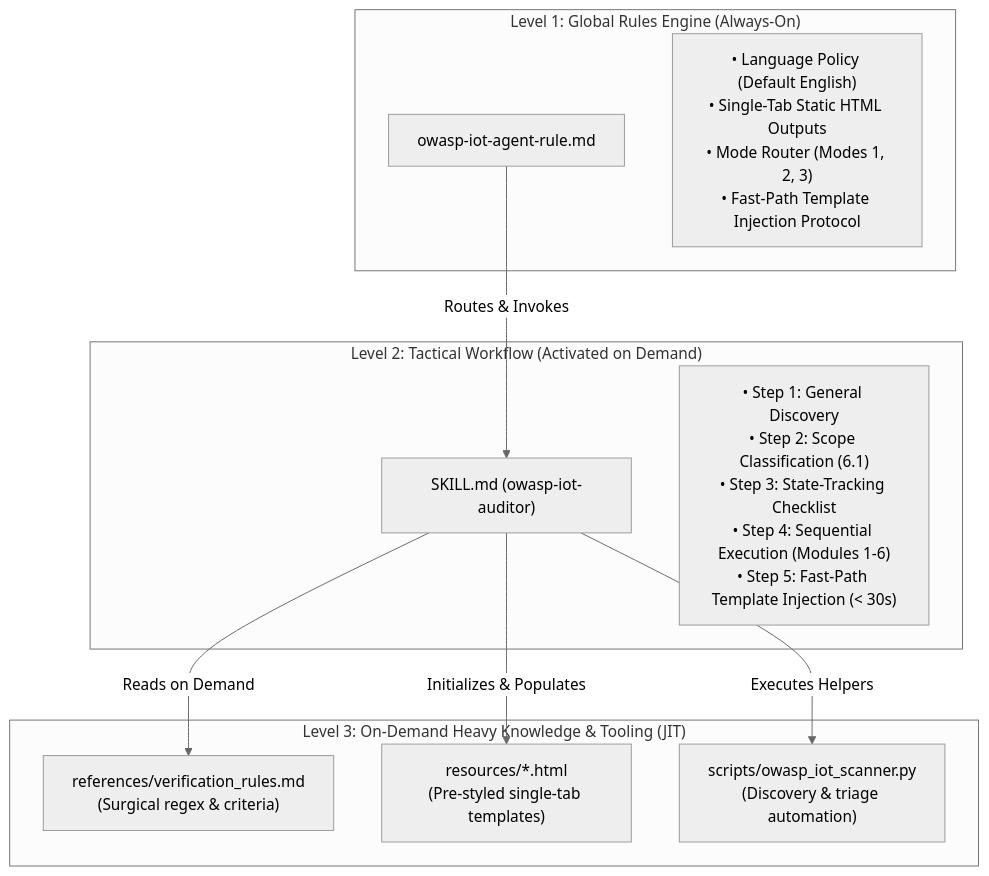
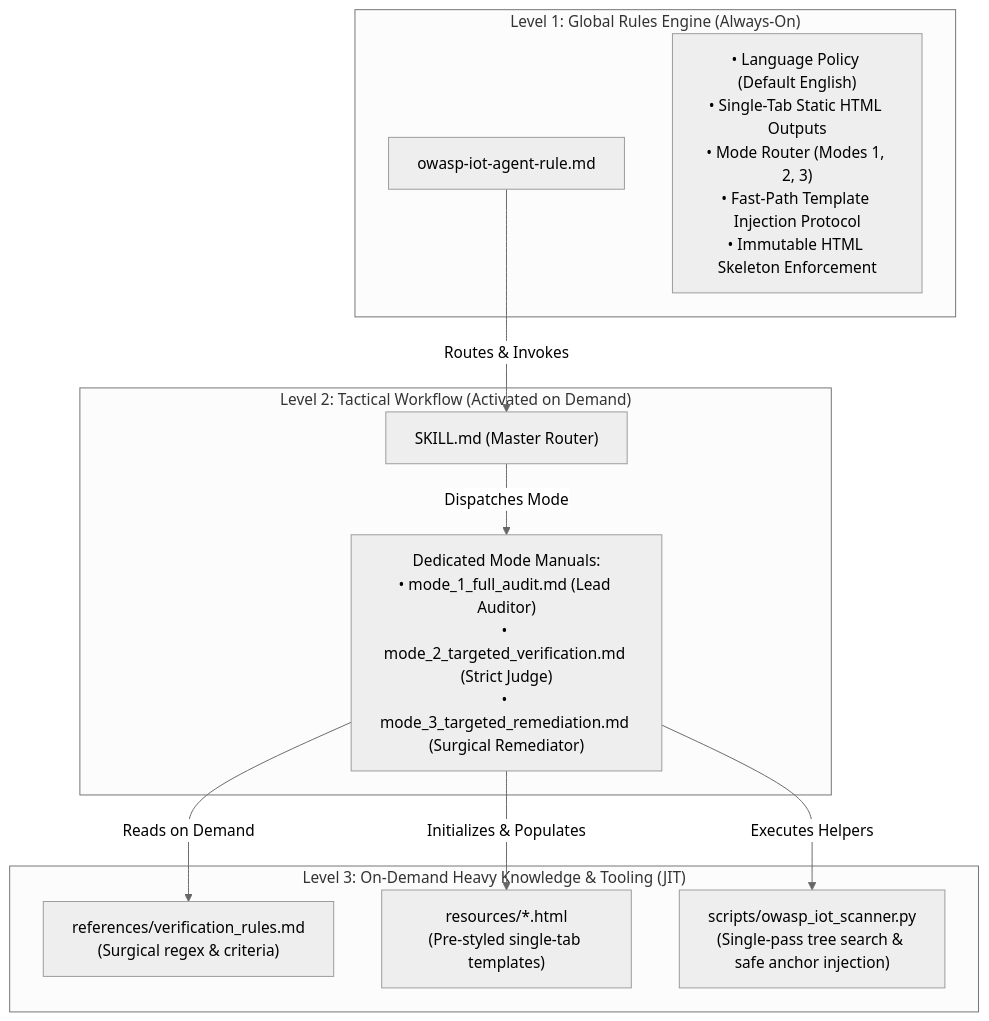
One commit to BrunoReiff/embed-sec-auditor changed the diagram in WORK_PLAN.md. Above: the diagram before and after it, drawn with Mermaid (neutral theme). The commit also changed other lines of this file, not shown here.

````diff
--- a/WORK_PLAN.md
+++ b/WORK_PLAN.md
@@ -12,23 +12,24 @@
 ```mermaid
 flowchart TD
     subgraph Level_1["Level 1: Global Rules Engine (Always-On)"]
         L1_Rule["owasp-iot-agent-rule.md"]
-        L1_Core["• Language Policy (Default English)<br>• Single-Tab Static HTML Outputs<br>• Mode Router (Modes 1, 2, 3)<br>• Fast-Path Template Injection Protocol"]
+        L1_Core["• Language Policy (Default English)<br>• Single-Tab Static HTML Outputs<br>• Mode Router (Modes 1, 2, 3)<br>• Fast-Path Template Injection Protocol<br>• Immutable HTML Skeleton Enforcement"]
     end
 
     subgraph Level_2["Level 2: Tactical Workflow (Activated on Demand)"]
-        L2_Skill["SKILL.md (owasp-iot-auditor)"]
-        L2_Core["• Step 1: General Discovery<br>• Step 2: Scope Classification (6.1)<br>• Step 3: State-Tracking Checklist<br>• Step 4: Sequential Execution (Modules 1-6)<br>• Step 5: Fast-Path Template Injection (< 30s)"]
+        L2_Skill["SKILL.md (Master Router)"]
+        L2_Modes["Dedicated Mode Manuals:<br>• mode_1_full_audit.md (Lead Auditor)<br>• mode_2_targeted_verification.md (Strict Judge)<br>• mode_3_targeted_remediation.md (Surgical Remediator)"]
     end
 
     subgraph Level_3["Level 3: On-Demand Heavy Knowledge & Tooling (JIT)"]
         L3_Rules["references/verification_rules.md<br>(Surgical regex & criteria)"]
         L3_Templates["resources/*.html<br>(Pre-styled single-tab templates)"]
-        L3_Scripts["scripts/owasp_iot_scanner.py<br>(Discovery & triage automation)"]
+        L3_Scripts["scripts/owasp_iot_scanner.py<br>(Single-pass tree search & safe anchor injection)"]
     end
 
     L1_Rule -->|Routes & Invokes| L2_Skill
-    L2_Skill -->|Reads on Demand| L3_Rules
-    L2_Skill -->|Initializes & Populates| L3_Templates
-    L2_Skill -->|Executes Helpers| L3_Scripts
+    L2_Skill -->|Dispatches Mode| L2_Modes
+    L2_Modes -->|Reads on Demand| L3_Rules
+    L2_Modes -->|Initializes & Populates| L3_Templates
+    L2_Modes -->|Executes Helpers| L3_Scripts
 ```
````
